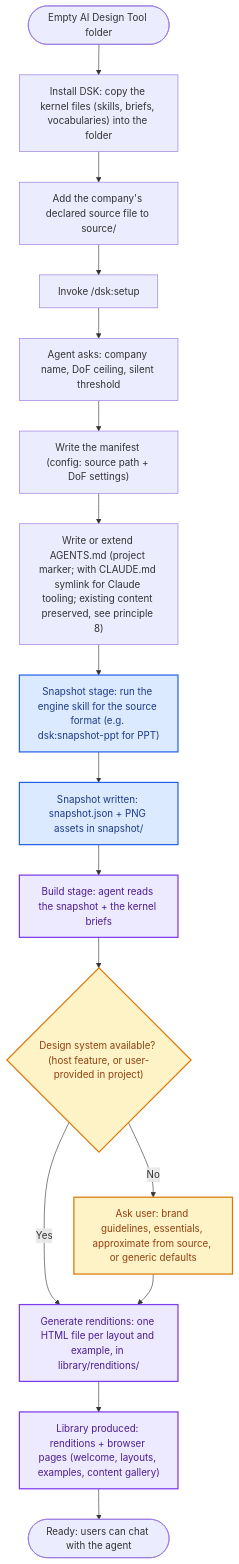
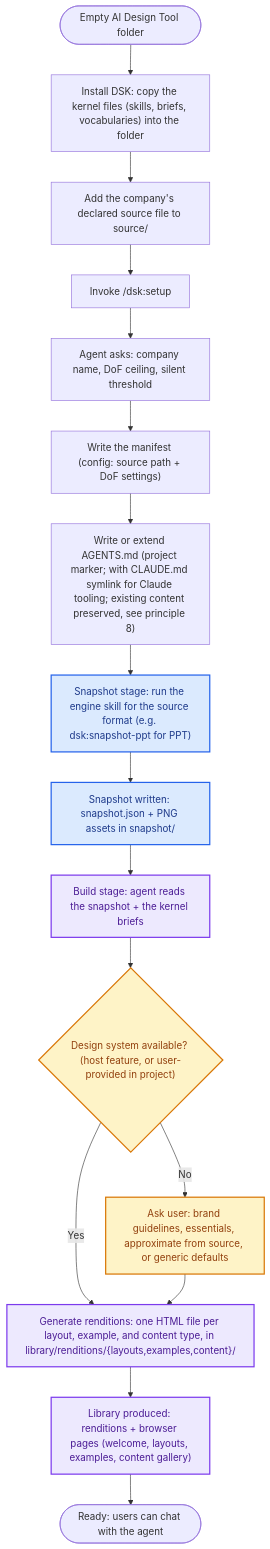
Before and after one commit to dawid-dahl-umain/design-system-kernel: the second of 5 diagrams in dsk/skills/context/lifecycles.md, drawn with Mermaid. The commit also changed other lines of this file and 7 other files, not shown here.

Commit message:
Pre-push audit: fix stale 'layouts and examples' duos missing content renditions across setup narration, lifecycles, walkthrough, principles, glossary, dsk/README, and compose; compose now describes pulling from renditions/content for slot filling (bump 0.3.2)

````diff
--- a/dsk/skills/context/lifecycles.md
+++ b/dsk/skills/context/lifecycles.md
@@ -56,25 +56,25 @@
 ```mermaid
 flowchart TD
     Start([Empty AI Design Tool folder]) --> InstallKernel["Install DSK: copy the kernel files (skills, briefs, vocabularies) into the folder"]
     InstallKernel --> AddSource["Add the company's declared source file to source/"]
     AddSource --> RunSetup["Invoke /dsk:setup"]
     RunSetup --> AskConfig["Agent asks: company name, DoF ceiling, silent threshold"]
     AskConfig --> WriteManifest["Write the manifest (config: source path + DoF settings)"]
     WriteManifest --> WriteAgentsMd["Write or extend AGENTS.md (project marker; with CLAUDE.md symlink for Claude tooling; existing content preserved, see principle 8)"]
     WriteAgentsMd --> RunSnapshot["Snapshot stage: run the engine skill for the source format (e.g. dsk:snapshot-ppt for PPT)"]
     RunSnapshot --> SnapshotWritten["Snapshot written: snapshot.json + PNG assets in snapshot/"]
     SnapshotWritten --> Build["Build stage: agent reads the snapshot + the kernel briefs"]
     Build --> CheckDS{"Design system available? (host feature, or user-provided in project)"}
-    CheckDS -->|Yes| Renditions["Generate renditions: one HTML file per layout and example, in library/renditions/"]
+    CheckDS -->|Yes| Renditions["Generate renditions: one HTML file per layout, example, and content type, in library/renditions/{layouts,examples,content}/"]
     CheckDS -->|No| AskUser["Ask user: brand guidelines, essentials, approximate from source, or generic defaults"]
     AskUser --> Renditions
     Renditions --> LibraryProduced["Library produced: renditions + browser pages (welcome, layouts, examples, content gallery)"]
     LibraryProduced --> Ready([Ready: users can chat with the agent])
 
     classDef snapshotStage fill:#dbeafe,stroke:#2563eb,stroke-width:2px,color:#1e3a8a
     classDef buildStage    fill:#ede9fe,stroke:#7c3aed,stroke-width:2px,color:#4c1d95
     classDef clarify       fill:#fef3c7,stroke:#d97706,stroke-width:2px,color:#92400e
     class RunSnapshot,SnapshotWritten snapshotStage
     class Build,Renditions,LibraryProduced buildStage
     class CheckDS,AskUser clarify
 ```
````
